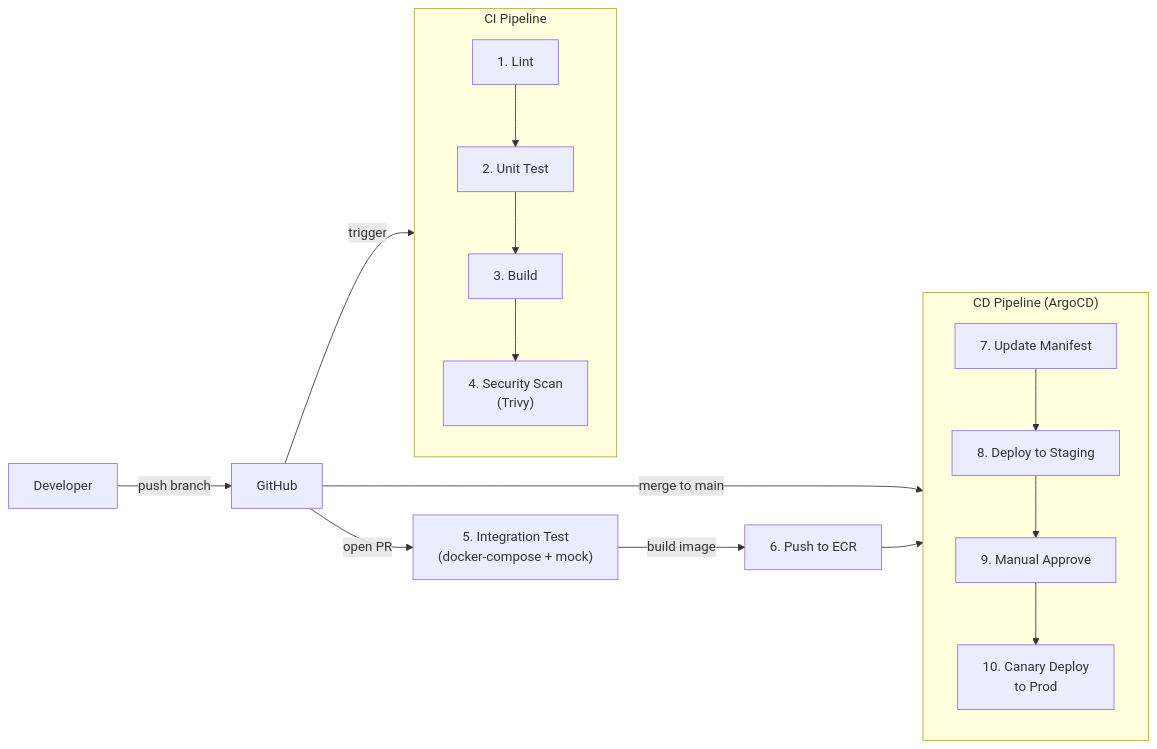
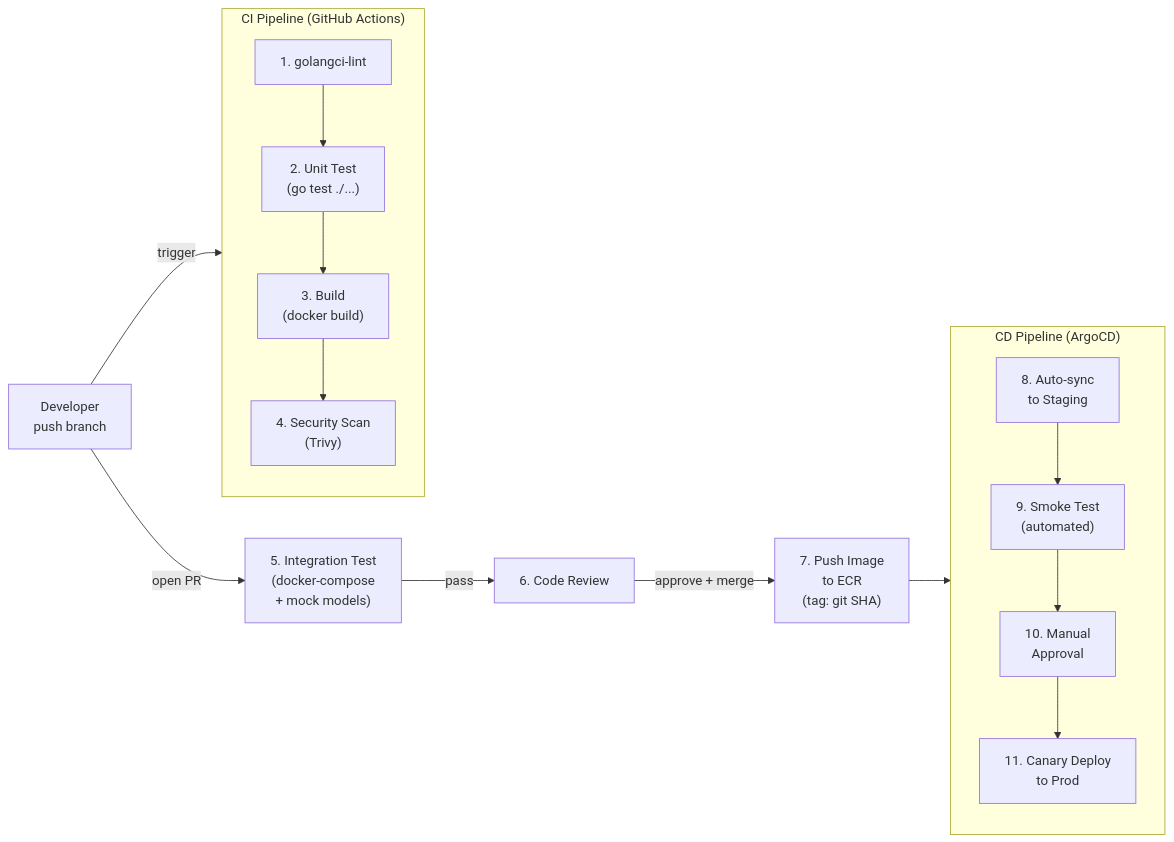
One commit to m24927605/system-architecture-design changed the tenth of 11 diagrams in ARCHITECTURE.md. Above: the diagram before and after it, drawn with Mermaid. The commit also changed other lines of this file, not shown here.

First line of the commit message:
docs: rewrite ARCHITECTURE.md with 3-phase evolutionary architecture

````diff
--- a/ARCHITECTURE.md
+++ b/ARCHITECTURE.md
@@ -474,28 +939,26 @@
 ```mermaid
 flowchart LR
-    Dev["Developer"] -->|push branch| GH["GitHub"]
-    GH -->|trigger| CI["CI Pipeline"]
+    Dev["Developer<br/>push branch"] -->|trigger| CI
 
-    subgraph CI["CI Pipeline"]
-        Lint["1. Lint"]
-        UT["2. Unit Test"]
-        Build["3. Build"]
+    subgraph CI["CI Pipeline (GitHub Actions)"]
+        Lint["1. golangci-lint"]
+        UT["2. Unit Test<br/>(go test ./...)"]
+        Build["3. Build<br/>(docker build)"]
         Scan["4. Security Scan<br/>(Trivy)"]
         Lint --> UT --> Build --> Scan
     end
 
-    GH -->|open PR| IT["5. Integration Test<br/>(docker-compose + mock)"]
-    IT -->|build image| ECR["6. Push to ECR"]
+    Dev -->|open PR| IT["5. Integration Test<br/>(docker-compose<br/>+ mock models)"]
+    IT -->|pass| Review["6. Code Review"]
+    Review -->|approve + merge| ECR["7. Push Image<br/>to ECR<br/>(tag: git SHA)"]
 
-    GH -->|merge to main| CD["CD Pipeline"]
+    ECR --> CD
 
     subgraph CD["CD Pipeline (ArgoCD)"]
-        Update["7. Update Manifest"]
-        DeployStag["8. Deploy to Staging"]
-        Approve["9. Manual Approve"]
-        DeployProd["10. Canary Deploy<br/>to Prod"]
-        Update --> DeployStag --> Approve --> DeployProd
+        SyncStag["8. Auto-sync<br/>to Staging"]
+        SmokeTest["9. Smoke Test<br/>(automated)"]
+        Approve["10. Manual<br/>Approval"]
+        CanaryProd["11. Canary Deploy<br/>to Prod"]
+        SyncStag --> SmokeTest --> Approve --> CanaryProd
     end
-
-    ECR --> CD
 ```
````
